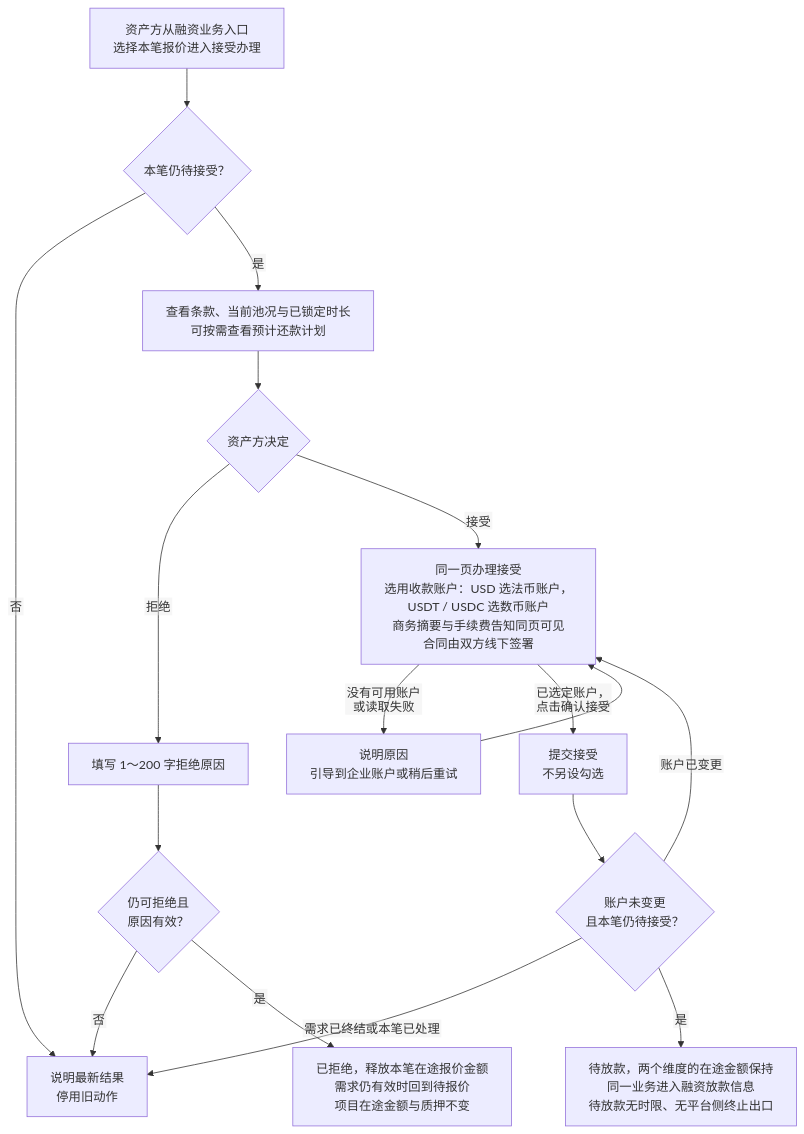
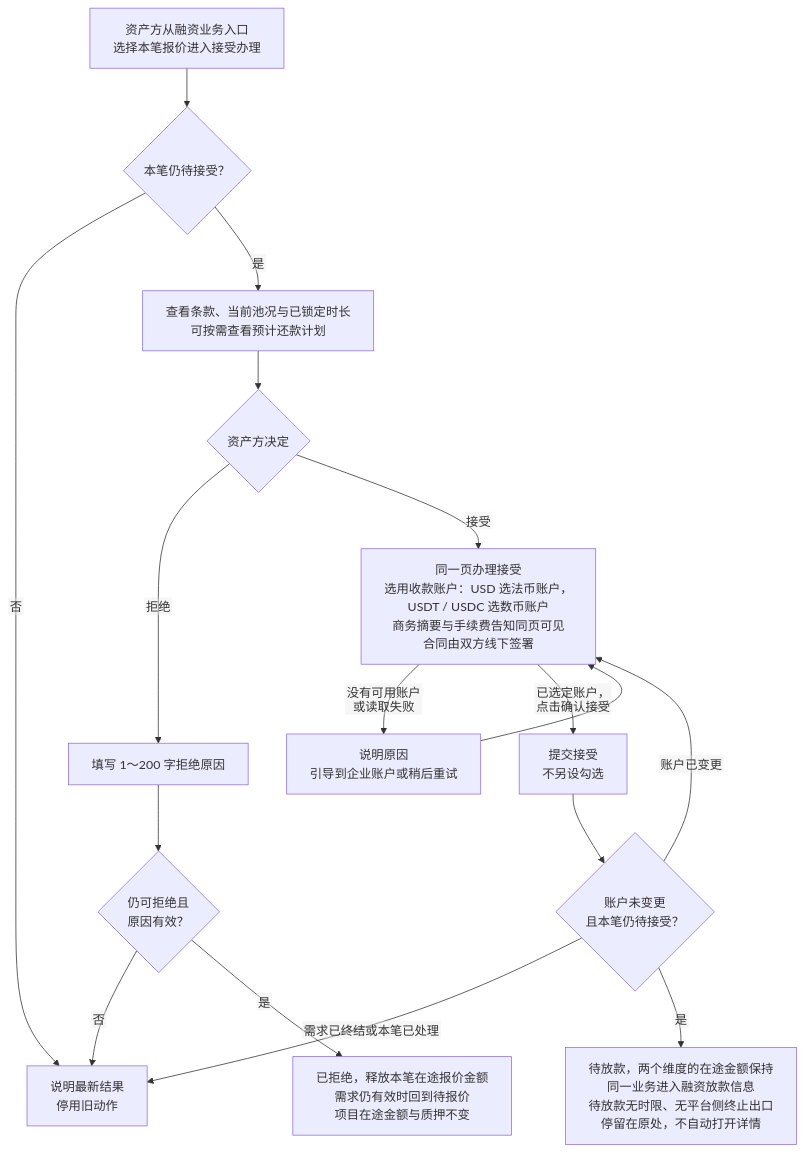
Before and after one commit to wxblockchain/Chain-Financing: the second of 8 diagrams in lending-platform/PRD/面客端/06-借贷广场-授信报价与接受拒绝/02-授信报价与接受拒绝-流程图与状态机.md, drawn with Mermaid. The commit also changed 2 other files, not shown here.

Commit message:
docs(06-授信报价): 融资进度第三阶段改为“确认报价”，接受成功后不自动打开详情
- 四阶段进度“确认签署”改为“确认报价”（01 §3.2、AC-CR-40）
- 接受成功后停留在原处，不自动打开融资申请详情、融资放款信息或下一项业务（01 §6.2、FL-CR-02、AC-CR-46）

````diff
--- a/lending-platform/PRD/面客端/06-借贷广场-授信报价与接受拒绝/02-授信报价与接受拒绝-流程图与状态机.md
+++ b/lending-platform/PRD/面客端/06-借贷广场-授信报价与接受拒绝/02-授信报价与接受拒绝-流程图与状态机.md
@@ -50,20 +50,20 @@
 ```mermaid
 %%{init: {"flowchart": {"htmlLabels": false, "wrappingWidth": 400}}}%%
 flowchart TD
   A["资产方从融资业务入口<br/>选择本笔报价进入接受办理"] --> B{"本笔仍待接受？"}
   B -->|"否"| X["说明最新结果<br/>停用旧动作"]
   B -->|"是"| C["查看条款、当前池况与已锁定时长<br/>可按需查看预计还款计划"]
   C --> D{"资产方决定"}
   D -->|"拒绝"| R["填写 1～200 字拒绝原因"]
   R --> R1{"仍可拒绝且<br/>原因有效？"}
   R1 -->|"否"| X
   R1 -->|"是"| R2["已拒绝，释放本笔在途报价金额<br/>需求仍有效时回到待报价<br/>项目在途金额与质押不变"]
   D -->|"接受"| E["同一页办理接受<br/>选用收款账户：USD 选法币账户，<br/>USDT / USDC 选数币账户<br/>商务摘要与手续费告知同页可见<br/>合同由双方线下签署"]
   E -->|"没有可用账户<br/>或读取失败"| E1["说明原因<br/>引导到企业账户或稍后重试"]
   E1 --> E
   E -->|"已选定账户，<br/>点击确认接受"| J["提交接受<br/>不另设勾选"]
   J --> K{"账户未变更<br/>且本笔仍待接受？"}
   K -->|"需求已终结或本笔已处理"| X
   K -->|"账户已变更"| E
-  K -->|"是"| L["待放款，两个维度的在途金额保持<br/>同一业务进入融资放款信息<br/>待放款无时限、无平台侧终止出口"]
+  K -->|"是"| L["待放款，两个维度的在途金额保持<br/>同一业务进入融资放款信息<br/>待放款无时限、无平台侧终止出口<br/>停留在原处，不自动打开详情"]
 ```
````
